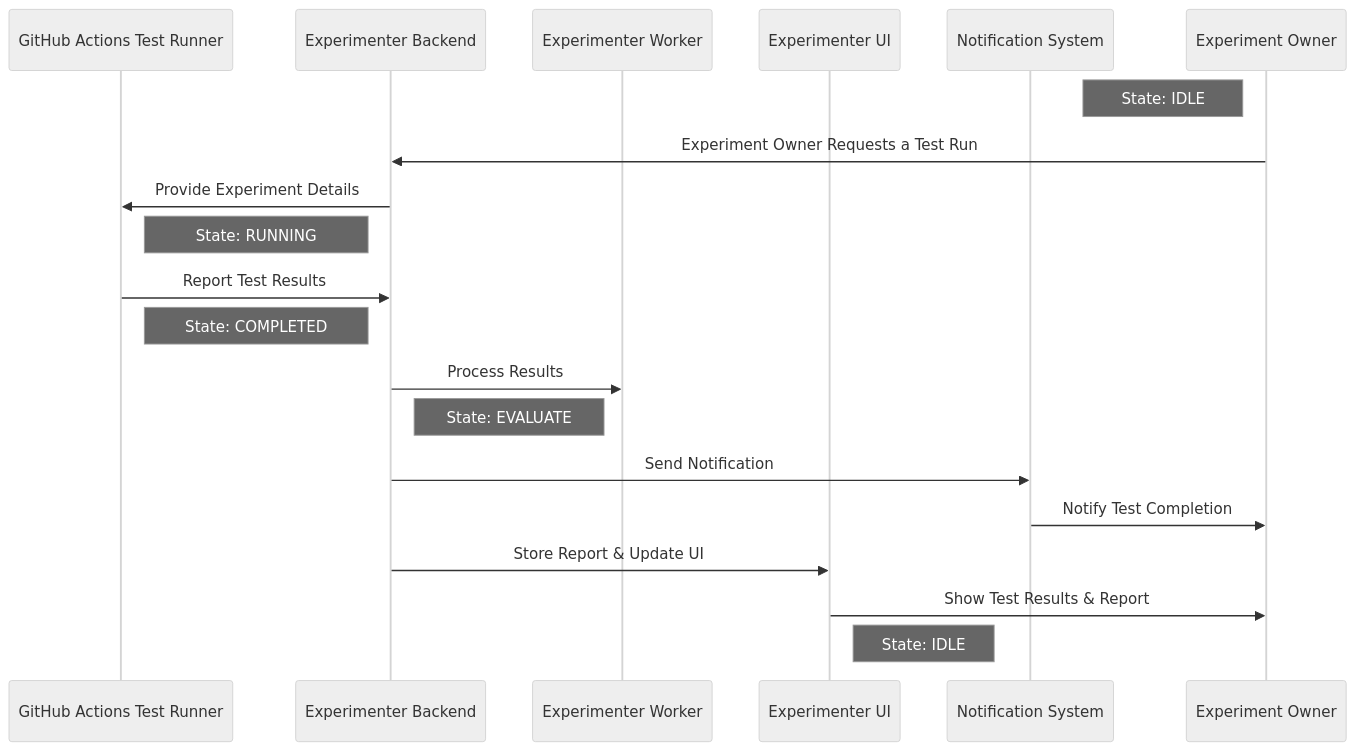
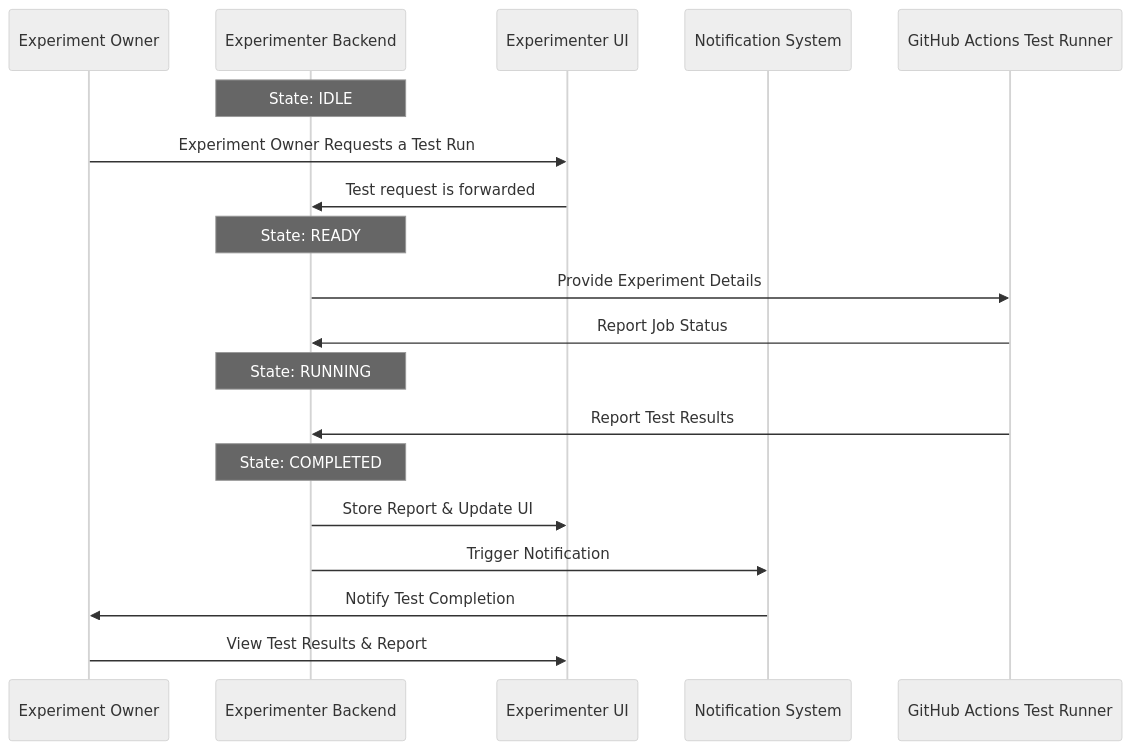
Before and after one commit to mozilla/klaatu: the second of 7 diagrams in docs/sequences.md, drawn with Mermaid (neutral theme). The commit also changed other lines of this file, not shown here.

Commit message:
Update sequence diagrams after review.

````diff
--- a/docs/sequences.md
+++ b/docs/sequences.md
@@ -27,23 +25,23 @@
 ```mermaid
     sequenceDiagram
-        participant GitHub Actions Test Runner
+        participant Experiment Owner
         participant Experimenter Backend
-        participant Experimenter Worker
         participant Experimenter UI
         participant Notification System
-        participant Experiment Owner
+        participant GitHub Actions Test Runner
 
-        Note left of Experiment Owner: State: IDLE
-        Experiment Owner ->> Experimenter Backend: Experiment Owner Requests a Test Run
+        Note over Experimenter Backend: State: IDLE
+        Experiment Owner ->> Experimenter UI: Experiment Owner Requests a Test Run
+        Experimenter UI ->> Experimenter Backend: Test request is forwarded
+        Note over Experimenter Backend: State: READY
         Experimenter Backend ->> GitHub Actions Test Runner: Provide Experiment Details
-        Note right of GitHub Actions Test Runner: State: RUNNING
+        GitHub Actions Test Runner ->> Experimenter Backend: Report Job Status
+        Note over Experimenter Backend: State: RUNNING
         GitHub Actions Test Runner ->> Experimenter Backend: Report Test Results
-        Note right of GitHub Actions Test Runner: State: COMPLETED
-        Experimenter Backend ->> Experimenter Worker: Process Results
-        Note right of Experimenter Backend: State: EVALUATE
-        Experimenter Backend ->> Notification System: Send Notification
+        Note over Experimenter Backend: State: COMPLETED
+        Experimenter Backend ->> Experimenter UI: Store Report & Update UI
+        Experimenter Backend ->> Notification System: Trigger Notification
         Notification System ->> Experiment Owner: Notify Test Completion
-        Experimenter Backend ->> Experimenter UI: Store Report & Update UI
-        Experimenter UI ->> Experiment Owner: Show Test Results & Report
-        Note right of Experimenter UI: State: IDLE
+        Experiment Owner ->> Experimenter UI: View Test Results & Report
+
 ```
````
